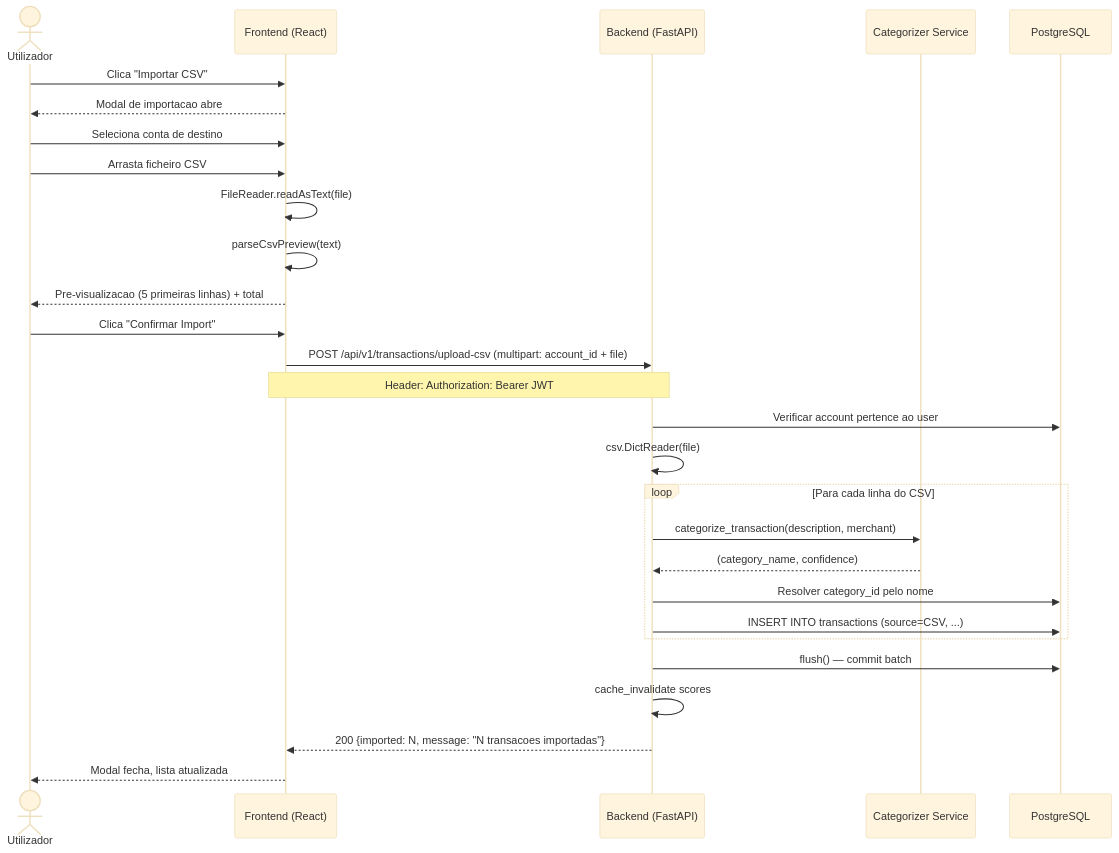
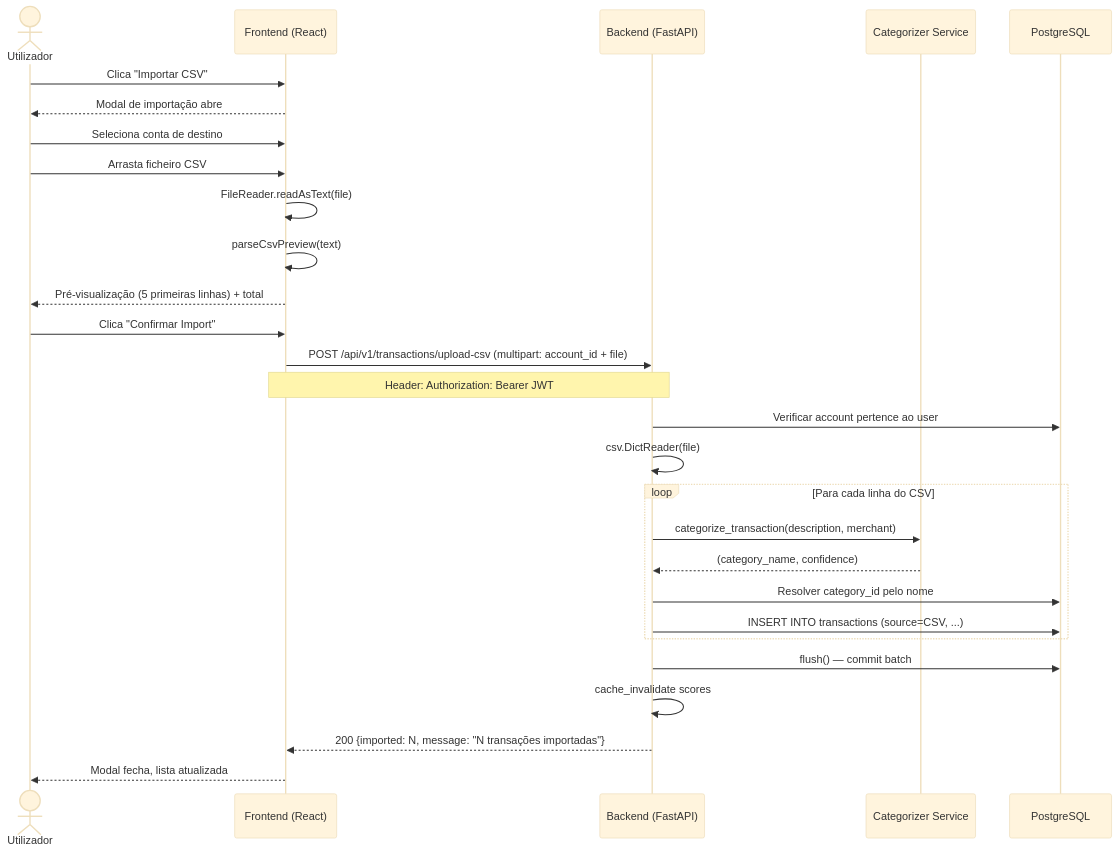
Before and after one commit to henriquelaia/FinTwin: the third of 5 diagrams in docs/sprint1/04_diagramas_sequencia.md, drawn with Mermaid (base theme). The commit also changed other lines of this file and 11 other files, not shown here.

````diff
--- a/docs/sprint1/04_diagramas_sequencia.md
+++ b/docs/sprint1/04_diagramas_sequencia.md
@@ -90,37 +90,37 @@
 ```mermaid
 sequenceDiagram
     actor U as Utilizador
     participant FE as Frontend (React)
     participant API as Backend (FastAPI)
     participant CAT as Categorizer Service
     participant DB as PostgreSQL
 
     U->>FE: Clica "Importar CSV"
-    FE-->>U: Modal de importacao abre
+    FE-->>U: Modal de importação abre
 
     U->>FE: Seleciona conta de destino
     U->>FE: Arrasta ficheiro CSV
 
     FE->>FE: FileReader.readAsText(file)
     FE->>FE: parseCsvPreview(text)
-    FE-->>U: Pre-visualizacao (5 primeiras linhas) + total
+    FE-->>U: Pré-visualização (5 primeiras linhas) + total
 
     U->>FE: Clica "Confirmar Import"
     FE->>API: POST /api/v1/transactions/upload-csv (multipart: account_id + file)
     Note over FE,API: Header: Authorization: Bearer JWT
 
     API->>DB: Verificar account pertence ao user
     API->>API: csv.DictReader(file)
 
     loop Para cada linha do CSV
         API->>CAT: categorize_transaction(description, merchant)
         CAT-->>API: (category_name, confidence)
         API->>DB: Resolver category_id pelo nome
         API->>DB: INSERT INTO transactions (source=CSV, ...)
     end
 
     API->>DB: flush() — commit batch
     API->>API: cache_invalidate scores
-    API-->>FE: 200 {imported: N, message: "N transacoes importadas"}
+    API-->>FE: 200 {imported: N, message: "N transações importadas"}
     FE-->>U: Modal fecha, lista atualizada
 ```
````
